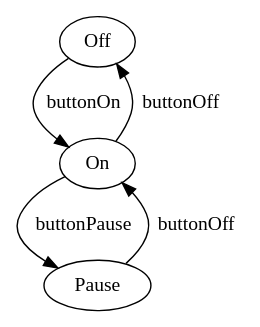
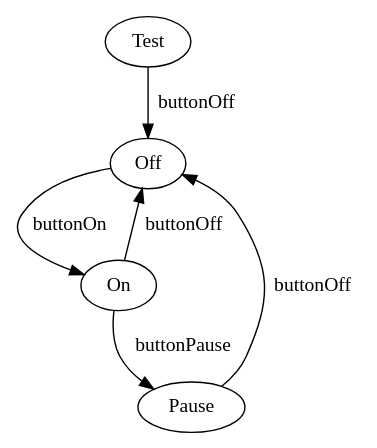
One commit to tpnbolwerk/rascal-ssm changed the diagram in input.dot. Above: the diagram before and after it, drawn with Graphviz. The commit also changed 2 other files, not shown here.

```diff
--- a/input.dot
+++ b/input.dot
@@ -1,16 +1,20 @@
 digraph{
 
 Off->On [ label="buttonOn"];
         
      
 
 On->Off [ label="buttonOff"];
         
 On->Pause [ label="buttonPause"];
         
      
 
-Pause->On [ label="buttonOff"];
+Pause->Off [ label="buttonOff"];
+        
+     
+
+Test->Off [ label="buttonOff"];
         
      
     }
```
